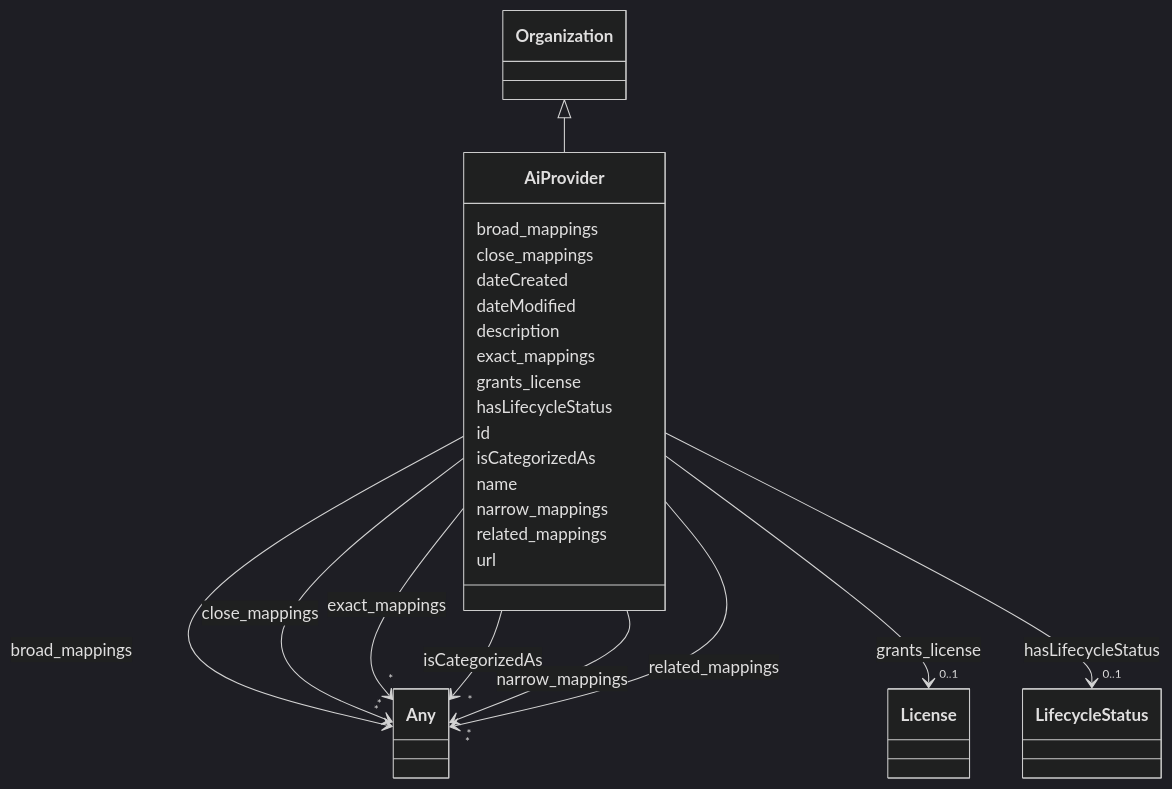
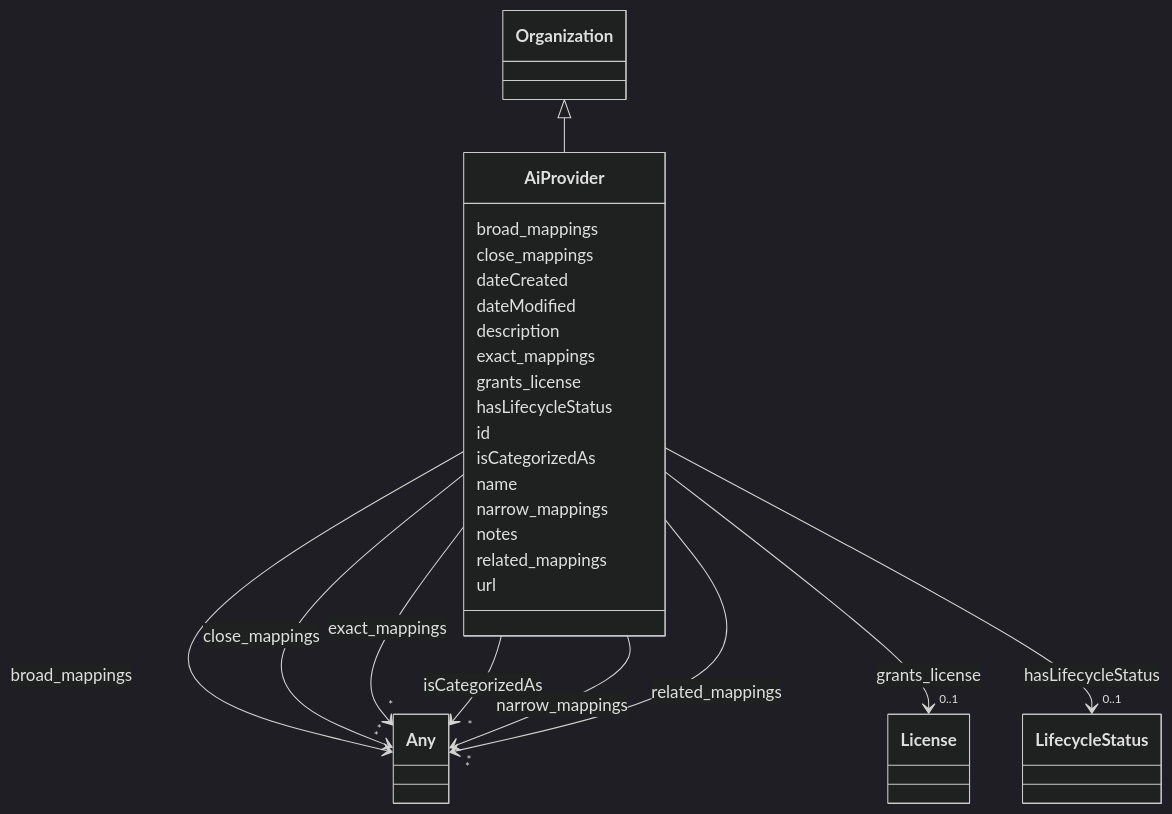
One commit to ingelise/risk-atlas-nexus changed the diagram in docs/ontology/AiProvider.md. Above: the diagram before and after it, drawn with Mermaid (dark theme). The commit also changed other lines of this file and 318 other files, not shown here.

```diff
--- a/docs/ontology/AiProvider.md
+++ b/docs/ontology/AiProvider.md
@@ -105,6 +105,8 @@
 
 
 
+      AiProvider : notes
+
       AiProvider : related_mappings
 
 
```
